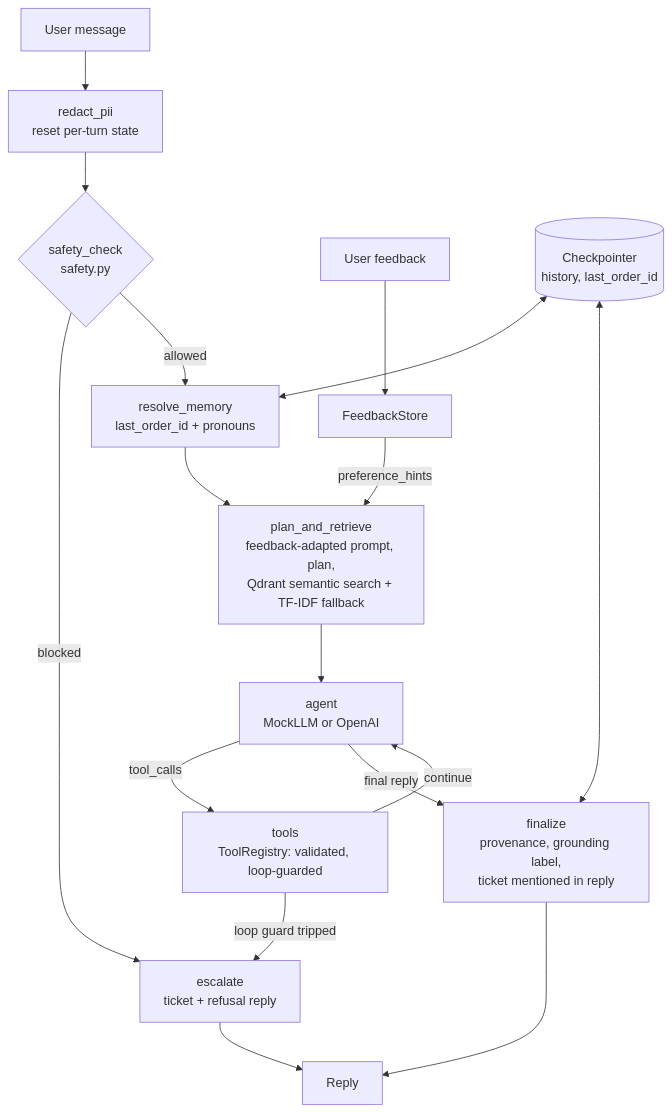
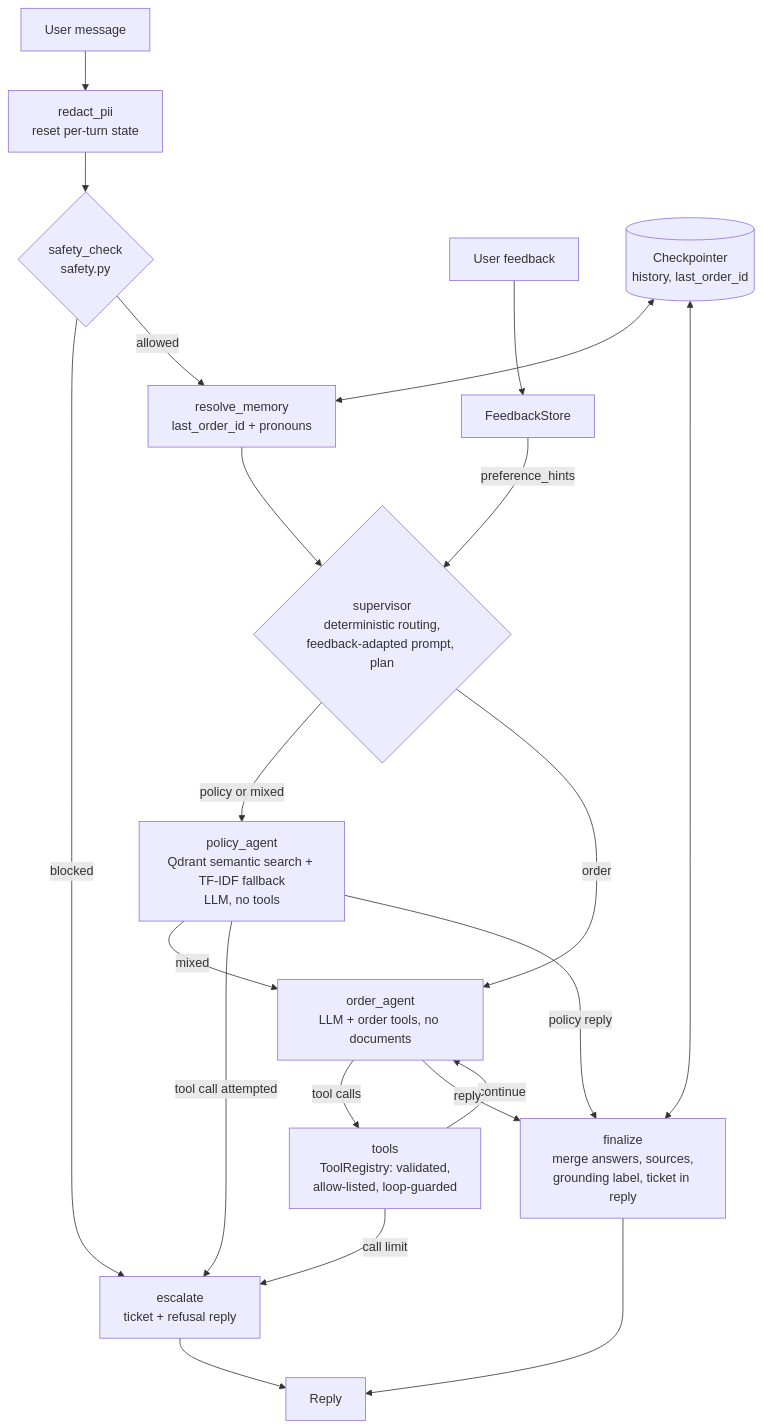
Before and after one commit to Ramki2018/CustomerSupportAgent: the diagram in capstone_project/docs/04_engineering_justification.md, drawn with Mermaid. The commit also changed other lines of this file and 18 other files, not shown here.

````diff
--- a/capstone_project/docs/04_engineering_justification.md
+++ b/capstone_project/docs/04_engineering_justification.md
@@ -42,19 +74,23 @@
 ```mermaid
 flowchart TD
     U[User message] --> R[redact_pii<br/>reset per-turn state]
     R --> S{safety_check<br/>safety.py}
     S -- blocked --> ESC[escalate<br/>ticket + refusal reply]
     S -- allowed --> M[resolve_memory<br/>last_order_id + pronouns]
-    M --> P[plan_and_retrieve<br/>feedback-adapted prompt, plan,<br/>Qdrant semantic search + TF-IDF fallback]
-    P --> A[agent<br/>MockLLM or OpenAI]
-    A -- tool_calls --> T[tools<br/>ToolRegistry: validated, loop-guarded]
-    T -- continue --> A
-    T -- loop guard tripped --> ESC
-    A -- final reply --> FIN[finalize<br/>provenance, grounding label,<br/>ticket mentioned in reply]
+    M --> SUP{supervisor<br/>deterministic routing,<br/>feedback-adapted prompt, plan}
+    SUP -- policy or mixed --> PA[policy_agent<br/>Qdrant semantic search + TF-IDF fallback<br/>LLM, no tools]
+    SUP -- order --> OA[order_agent<br/>LLM + order tools, no documents]
+    PA -- mixed --> OA
+    PA -- tool call attempted --> ESC
+    PA -- policy reply --> FIN[finalize<br/>merge answers, sources,<br/>grounding label, ticket in reply]
+    OA -- tool calls --> T[tools<br/>ToolRegistry: validated,<br/>allow-listed, loop-guarded]
+    T -- continue --> OA
+    T -- call limit --> ESC
+    OA -- reply --> FIN
     FIN --> OUT[Reply]
     ESC --> OUT
     F[User feedback] --> FS[FeedbackStore]
-    FS -- preference_hints --> P
+    FS -- preference_hints --> SUP
     CP[(Checkpointer<br/>history, last_order_id)] <--> M
     CP <--> FIN
 ```
````
